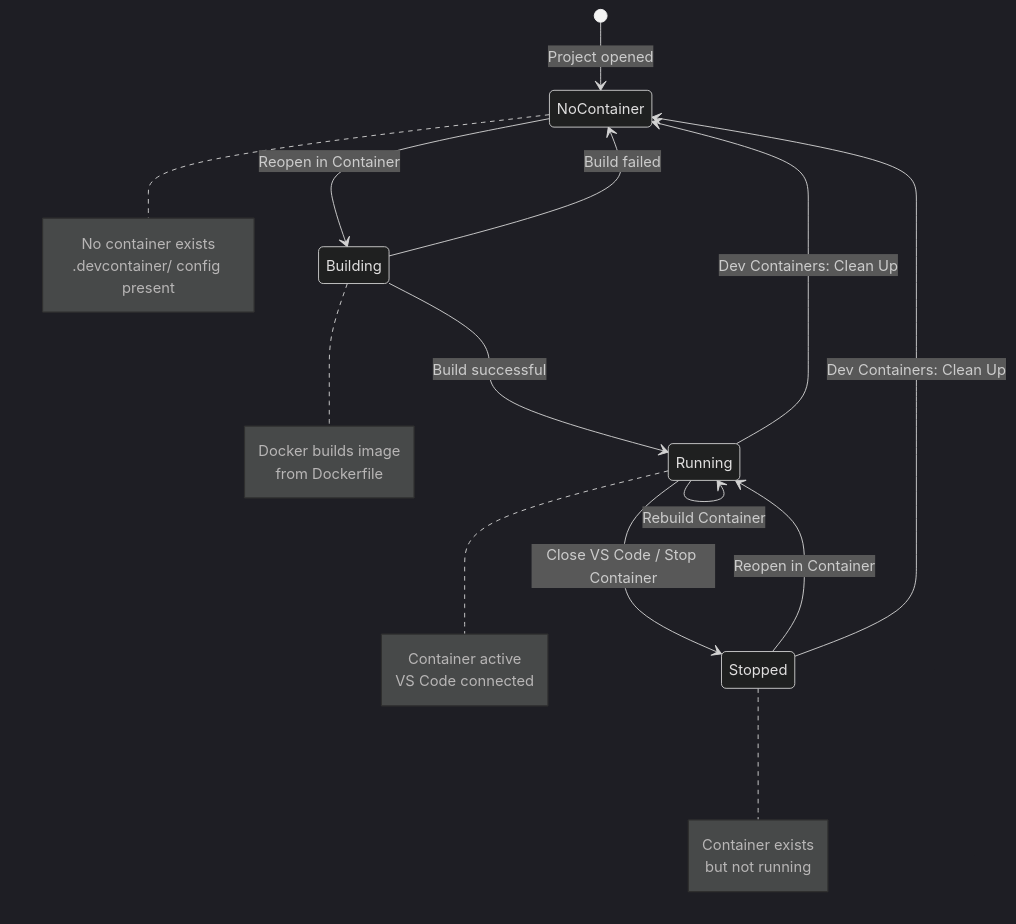
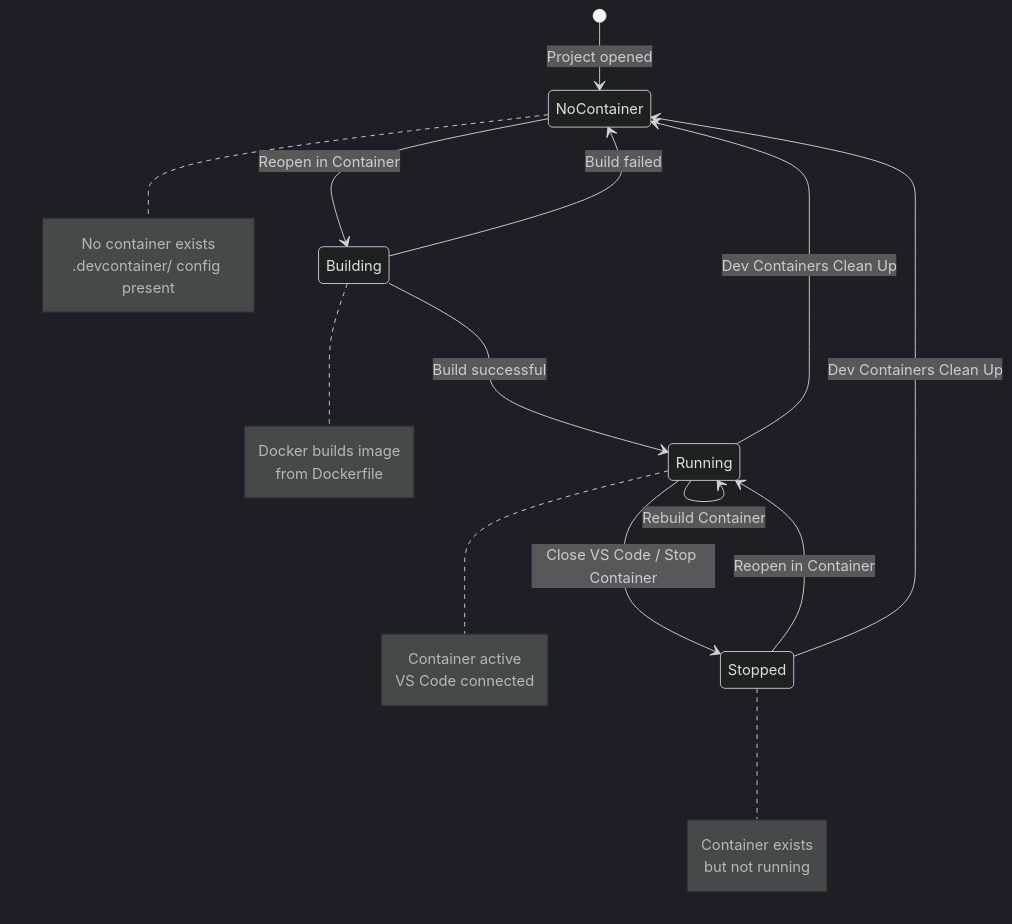
One commit to s-celles/sample-c changed the first of 6 diagrams in README.md. Above: the diagram before and after it, drawn with Mermaid (dark theme).

Commit message:
fix: formatting in README for Dev Containers cleanup

````diff
--- a/README.md
+++ b/README.md
@@ -94,35 +94,35 @@
 ```mermaid
 stateDiagram-v2
     [*] --> NoContainer: Project opened
 
     NoContainer --> Building: Reopen in Container
     Building --> Running: Build successful
     Building --> NoContainer: Build failed
 
     Running --> Stopped: Close VS Code / Stop Container
     Running --> Running: Rebuild Container
-    Running --> NoContainer: Dev Containers: Clean Up
+    Running --> NoContainer: Dev Containers Clean Up
 
     Stopped --> Running: Reopen in Container
-    Stopped --> NoContainer: Dev Containers: Clean Up
+    Stopped --> NoContainer: Dev Containers Clean Up
 
     note right of NoContainer
         No container exists
         .devcontainer/ config present
     end note
 
     note right of Building
         Docker builds image
         from Dockerfile
     end note
 
     note right of Running
         Container active
         VS Code connected
     end note
 
     note right of Stopped
         Container exists
         but not running
     end note
 ```
````
